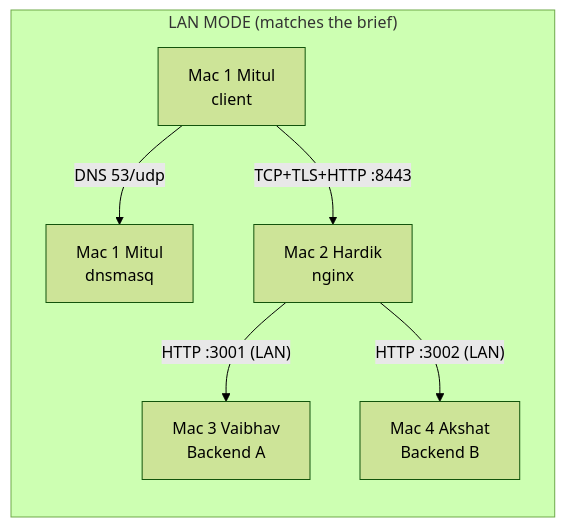
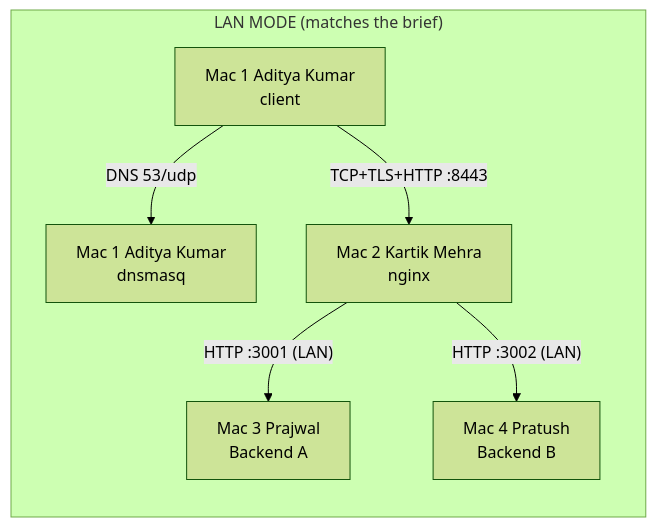
One commit to KartikMehra22/CN-Project changed the first of 2 diagrams in README.md. Above: the diagram before and after it, drawn with Mermaid (forest theme). The commit also changed other lines of this file and 64 other files, not shown here.

````diff
--- a/README.md
+++ b/README.md
@@ -22,9 +22,9 @@
 ```mermaid
 flowchart LR
   subgraph LAN["LAN MODE (matches the brief)"]
-    C1["Mac 1 Mitul<br/>client"] -->|"DNS 53/udp"| D1["Mac 1 Mitul<br/>dnsmasq"]
-    C1 -->|"TCP+TLS+HTTP :8443"| E1["Mac 2 Hardik<br/>nginx"]
-    E1 -->|"HTTP :3001 (LAN)"| BA1["Mac 3 Vaibhav<br/>Backend A"]
-    E1 -->|"HTTP :3002 (LAN)"| BB1["Mac 4 Akshat<br/>Backend B"]
+    C1["Mac 1 Aditya Kumar<br/>client"] -->|"DNS 53/udp"| D1["Mac 1 Aditya Kumar<br/>dnsmasq"]
+    C1 -->|"TCP+TLS+HTTP :8443"| E1["Mac 2 Kartik Mehra<br/>nginx"]
+    E1 -->|"HTTP :3001 (LAN)"| BA1["Mac 3 Prajwal<br/>Backend A"]
+    E1 -->|"HTTP :3002 (LAN)"| BB1["Mac 4 Pratush<br/>Backend B"]
   end
 ```
````
